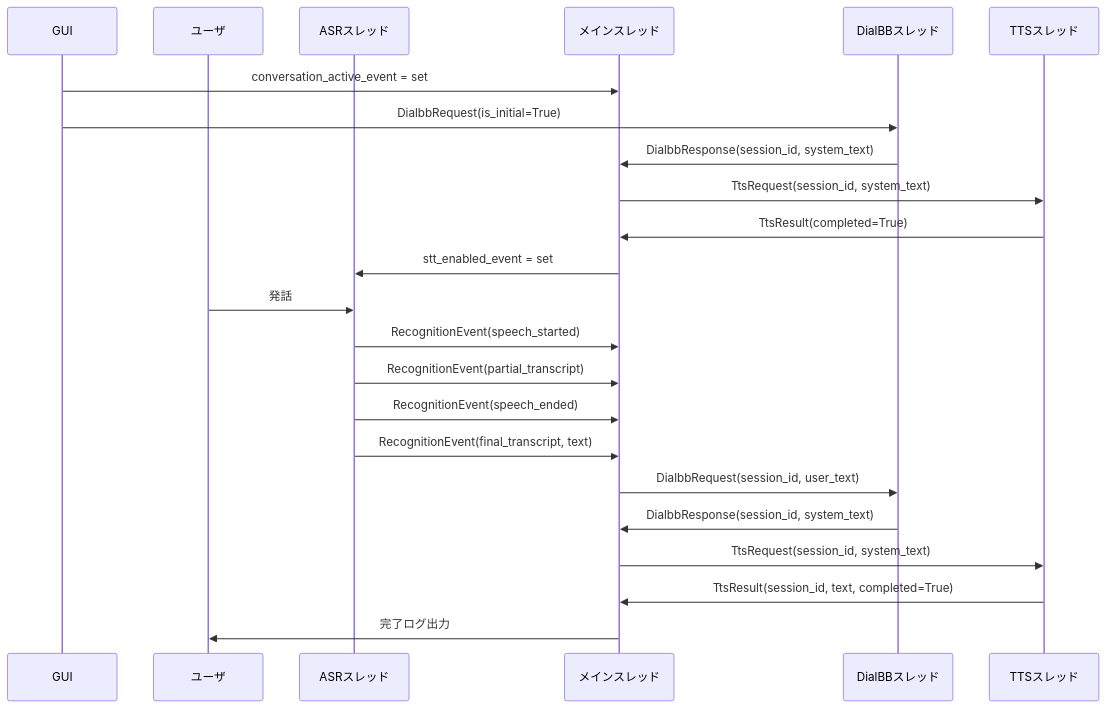
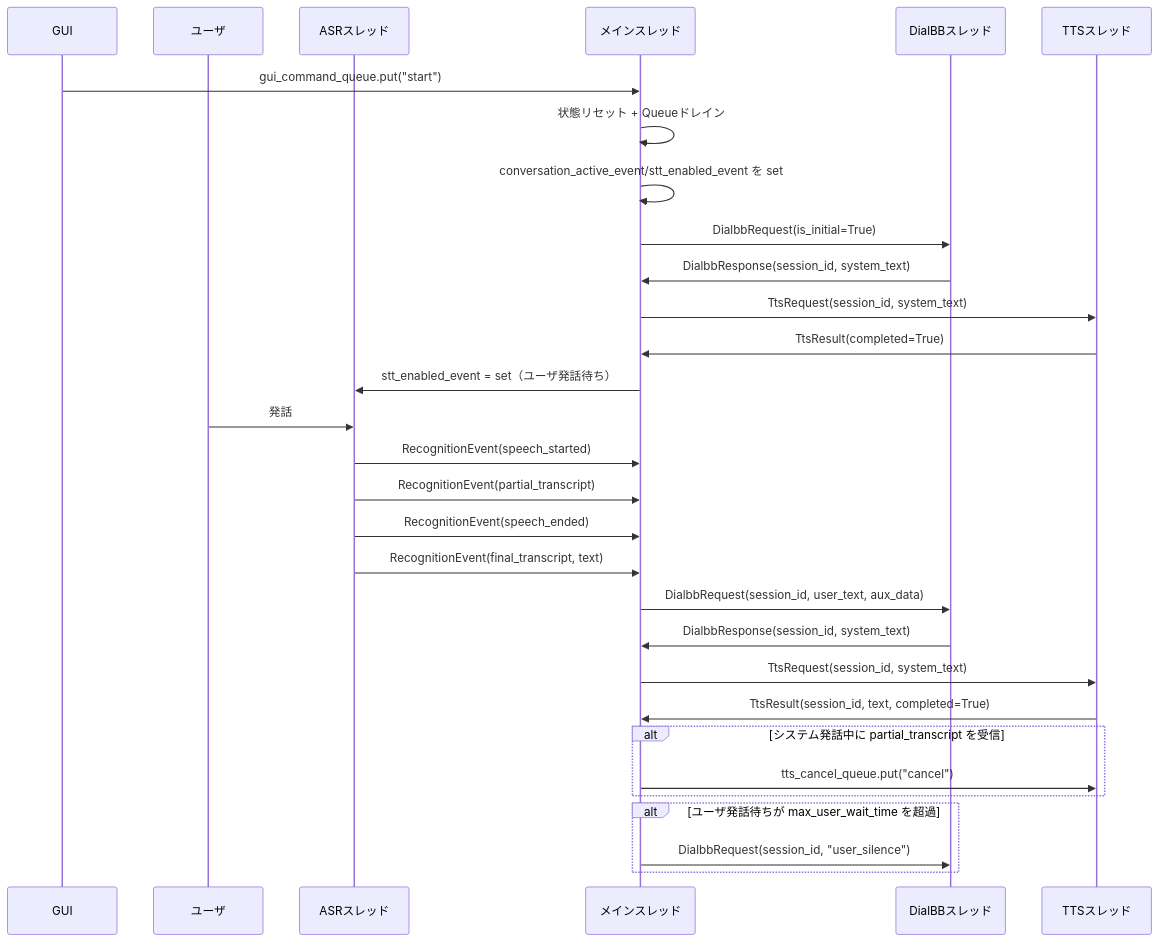
One commit to c4a-ri/dialbb changed the second of 3 diagrams in mm_client/mm_client/docs/message_spec.md. Above: the diagram before and after it, drawn with Mermaid. The commit also changed other lines of this file and 10 other files, not shown here.

````diff
--- a/mm_client/mm_client/docs/message_spec.md
+++ b/mm_client/mm_client/docs/message_spec.md
@@ -144,30 +162,38 @@
 ```mermaid
 sequenceDiagram
   participant GUI as GUI
   participant U as ユーザ
   participant STT as ASRスレッド
   participant MAIN as メインスレッド
   participant D as DialBBスレッド
   participant T as TTSスレッド
 
-  GUI->>MAIN: conversation_active_event = set
-  GUI->>D: DialbbRequest(is_initial=True)
+  GUI->>MAIN: gui_command_queue.put("start")
+  MAIN->>MAIN: 状態リセット + Queueドレイン
+  MAIN->>MAIN: conversation_active_event/stt_enabled_event を set
+  MAIN->>D: DialbbRequest(is_initial=True)
   D->>MAIN: DialbbResponse(session_id, system_text)
   MAIN->>T: TtsRequest(session_id, system_text)
   T->>MAIN: TtsResult(completed=True)
-  MAIN->>STT: stt_enabled_event = set
+  MAIN->>STT: stt_enabled_event = set（ユーザ発話待ち）
 
   U->>STT: 発話
   STT->>MAIN: RecognitionEvent(speech_started)
   STT->>MAIN: RecognitionEvent(partial_transcript)
   STT->>MAIN: RecognitionEvent(speech_ended)
   STT->>MAIN: RecognitionEvent(final_transcript, text)
 
-  MAIN->>D: DialbbRequest(session_id, user_text)
+  MAIN->>D: DialbbRequest(session_id, user_text, aux_data)
   D->>MAIN: DialbbResponse(session_id, system_text)
 
   MAIN->>T: TtsRequest(session_id, system_text)
   T->>MAIN: TtsResult(session_id, text, completed=True)
 
-  MAIN->>U: 完了ログ出力
+  alt システム発話中に partial_transcript を受信
+    MAIN->>T: tts_cancel_queue.put("cancel")
+  end
+
+  alt ユーザ発話待ちが max_user_wait_time を超過
+    MAIN->>D: DialbbRequest(session_id, "user_silence")
+  end
 ```
````
